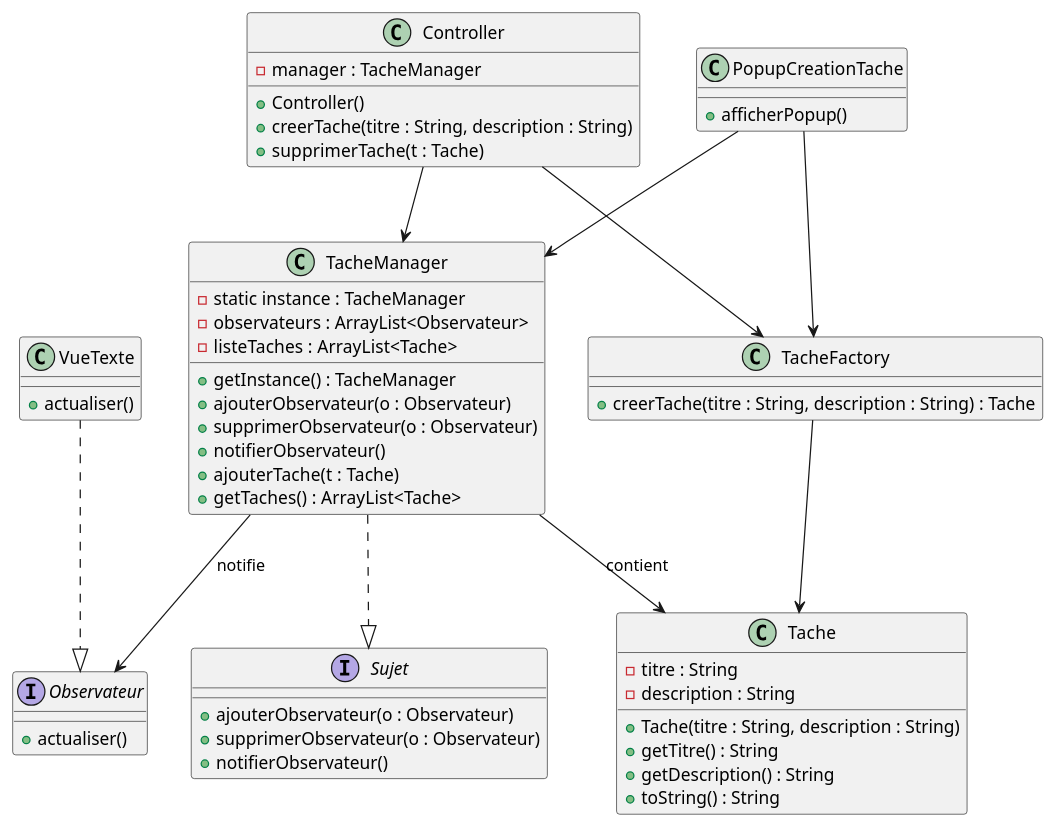
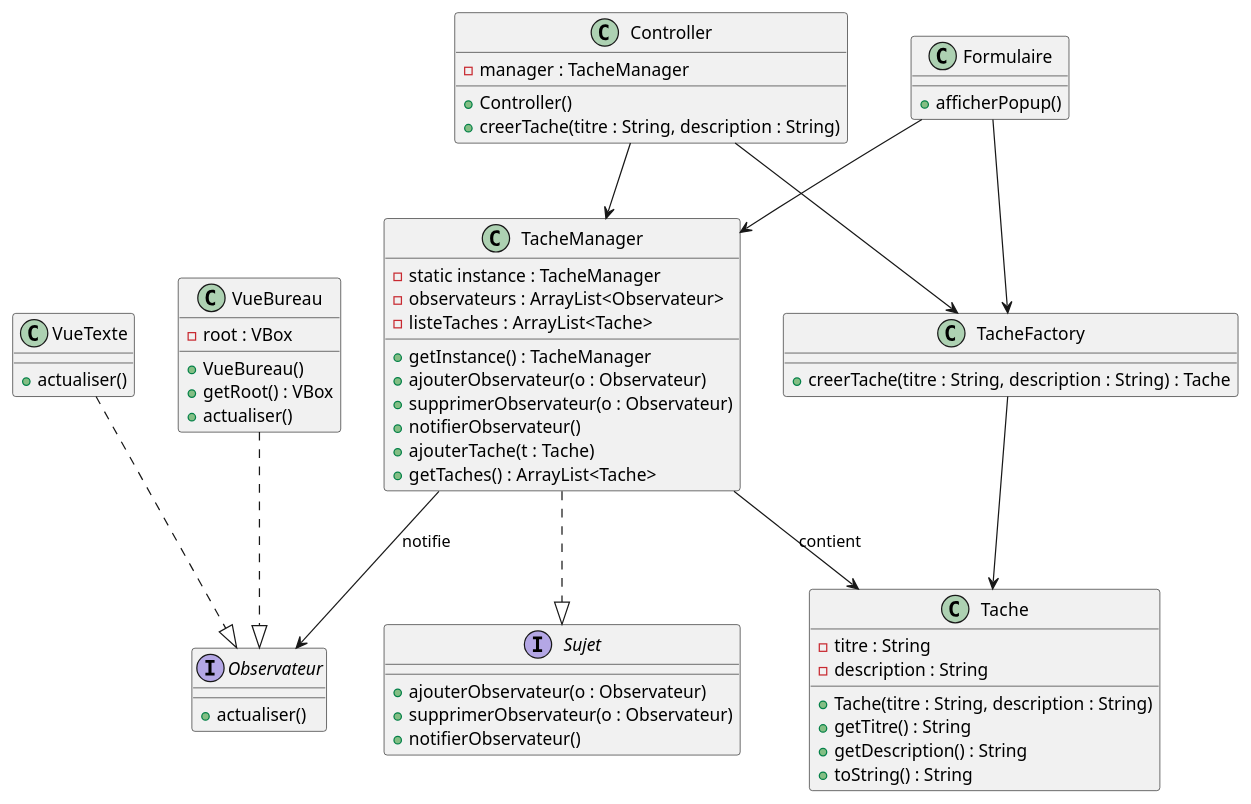
One commit to Fhm11/SAE.S3.01_meziani_coquin_valeur-maseilli_khalfouni changed the diagram in Document/Iteration1/classe.puml. Above: the diagram before and after it, drawn with PlantUML. The commit also changed 2 other files, not shown here.

```diff
--- a/Document/Iteration1/classe.puml
+++ b/Document/Iteration1/classe.puml
@@ -1,68 +1,75 @@
 @startuml
 
     interface Observateur {
         + actualiser()
     }
 
     interface Sujet {
         + ajouterObservateur(o : Observateur)
         + supprimerObservateur(o : Observateur)
         + notifierObservateur()
     }
 
     class Tache {
         - titre : String
         - description : String
         + Tache(titre : String, description : String)
         + getTitre() : String
         + getDescription() : String
         + toString() : String
     }
 
     class TacheFactory {
         + creerTache(titre : String, description : String) : Tache
     }
 
     class TacheManager {
         - static instance : TacheManager
         - observateurs : ArrayList<Observateur>
         - listeTaches : ArrayList<Tache>
         + getInstance() : TacheManager
         + ajouterObservateur(o : Observateur)
         + supprimerObservateur(o : Observateur)
         + notifierObservateur()
         + ajouterTache(t : Tache)
         + getTaches() : ArrayList<Tache>
     }
 
     class VueTexte {
         + actualiser()
     }
 
     class Controller {
         - manager : TacheManager
         + Controller()
         + creerTache(titre : String, description : String)
-        + supprimerTache(t : Tache)
     }
 
-    class PopupCreationTache {
+    class Formulaire {
         + afficherPopup()
     }
+    
+    class VueBureau {
+    - root : VBox
+    + VueBureau()
+    + getRoot() : VBox
+    + actualiser()
+}
 
 
 
     TacheFactory --> Tache 
     Controller --> TacheFactory 
     Controller --> TacheManager
-    PopupCreationTache --> TacheFactory 
-    PopupCreationTache --> TacheManager 
+    Formulaire --> TacheFactory 
+    Formulaire --> TacheManager 
 
     VueTexte ..|> Observateur
+    VueBureau ..|> Observateur
     TacheManager ..|> Sujet
     TacheManager --> Observateur : notifie 
     TacheManager --> Tache : contient 
 
 
 
 @enduml
```
